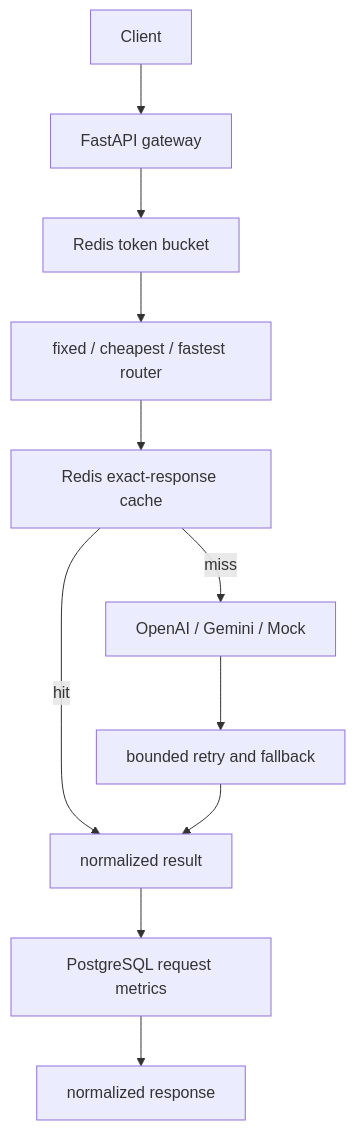
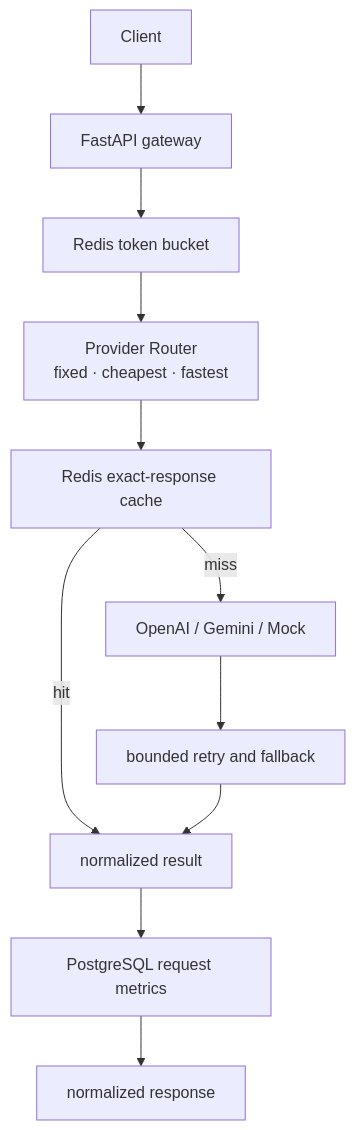
One commit to ayushgoel001/ModelRoute changed the diagram in README.md. Above: the diagram before and after it, drawn with Mermaid.

````diff
--- a/README.md
+++ b/README.md
@@ -9,13 +9,13 @@
 ```mermaid
 flowchart TD
     Client --> API[FastAPI gateway]
     API --> Limiter[Redis token bucket]
-    Limiter --> Router[fixed / cheapest / fastest router]
+    Limiter --> Router["Provider Router<br/>fixed · cheapest · fastest"]
     Router --> Cache[Redis exact-response cache]
     Cache -->|miss| Provider[OpenAI / Gemini / Mock]
     Provider --> Retry[bounded retry and fallback]
     Cache -->|hit| Result[normalized result]
     Retry --> Result
     Result --> Metrics[PostgreSQL request metrics]
     Metrics --> Response[normalized response]
 ```
````
